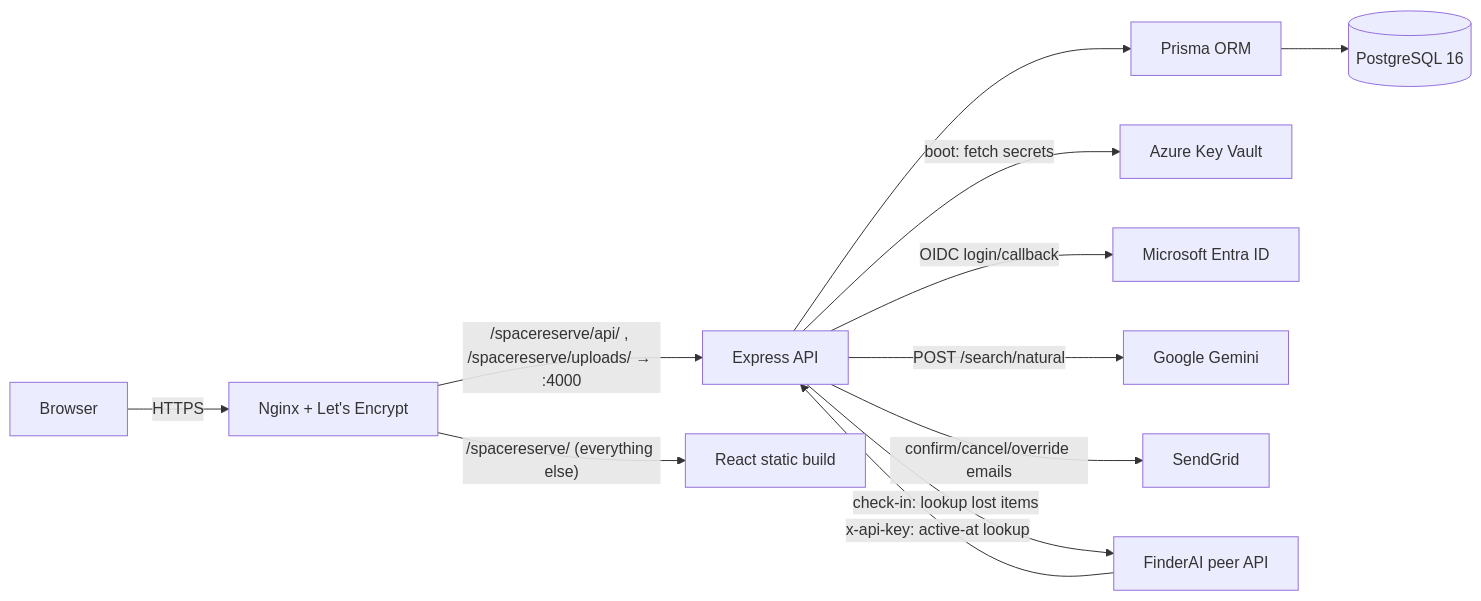
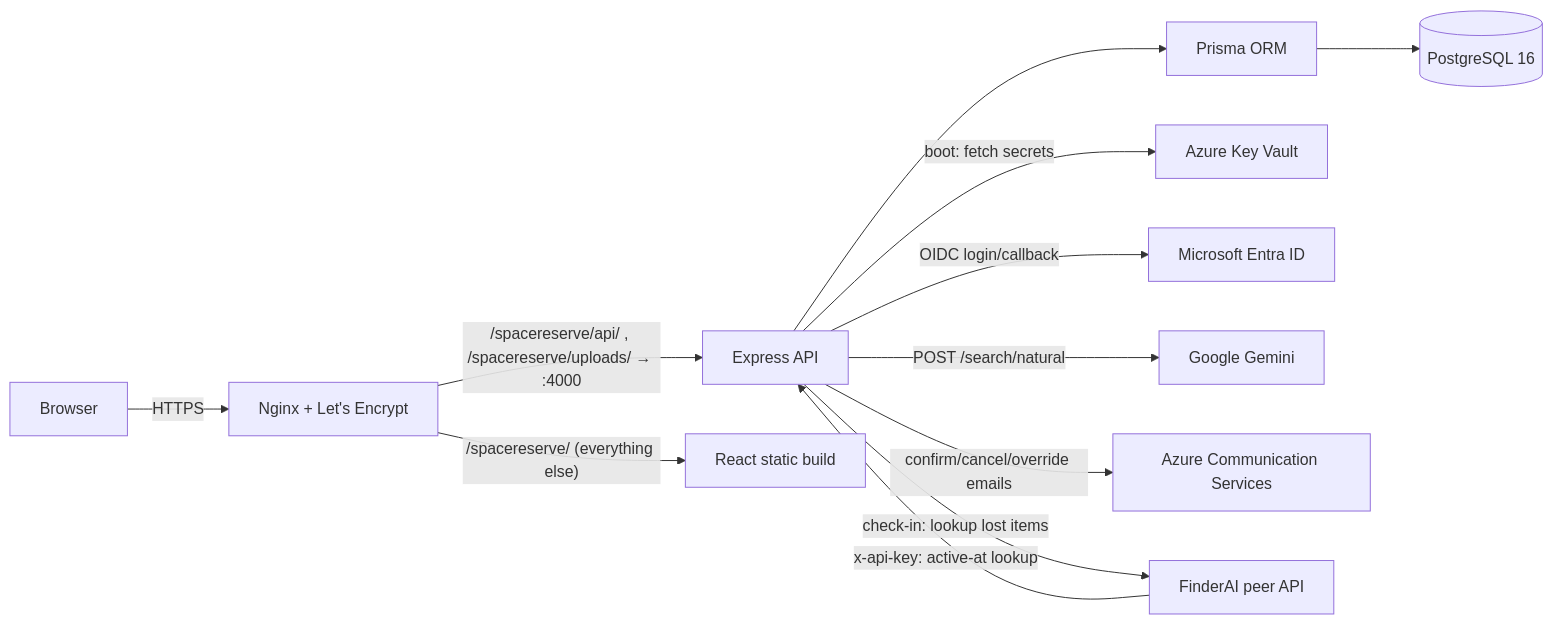
One commit to u6610909/spacereserve changed the first of 2 diagrams in backend/README.md. Above: the diagram before and after it, drawn with Mermaid. The commit also changed other lines of this file and 12 other files, not shown here.

````diff
--- a/backend/README.md
+++ b/backend/README.md
@@ -23,16 +23,16 @@
 ```mermaid
 flowchart LR
     Client[Browser] -->|HTTPS| Nginx[Nginx + Let's Encrypt]
     Nginx -->|"/spacereserve/api/ , /spacereserve/uploads/ → :4000"| API[Express API]
     Nginx -->|"/spacereserve/ (everything else)"| SPA[React static build]
 
     API --> Prisma[Prisma ORM]
     Prisma --> Postgres[(PostgreSQL 16)]
 
     API -->|boot: fetch secrets| KeyVault[Azure Key Vault]
     API -->|OIDC login/callback| AD[Microsoft Entra ID]
     API -->|"POST /search/natural"| Gemini[Google Gemini]
-    API -->|confirm/cancel/override emails| SendGrid
+    API -->|confirm/cancel/override emails| ACS[Azure Communication Services]
     API -->|"check-in: lookup lost items"| FinderAI[FinderAI peer API]
     FinderAI -->|"x-api-key: active-at lookup"| API
 ```
````
